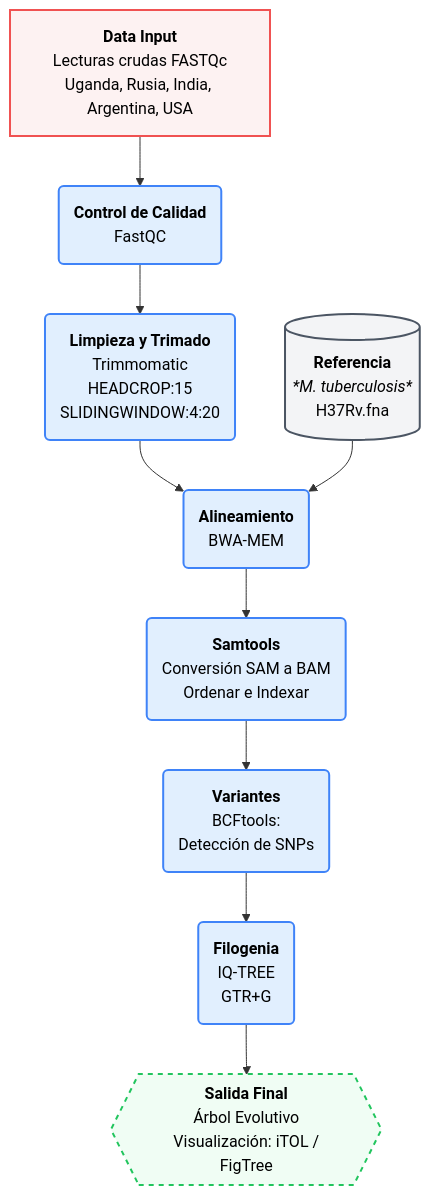
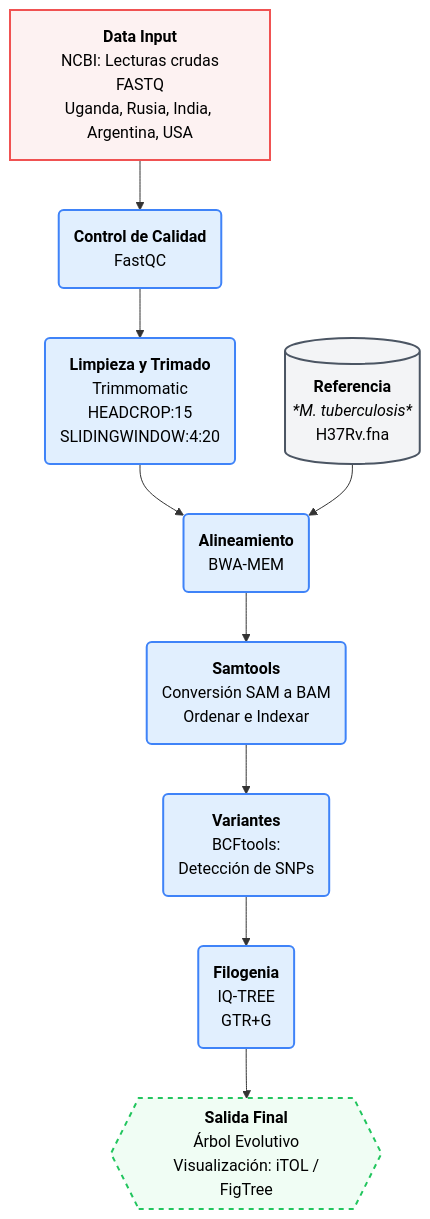
The diagram in README.md (lauraperezm2912/MBM_G2), drawn with Mermaid before and after one commit.

````diff
--- a/README.md
+++ b/README.md
@@ -33,38 +33,38 @@
 ```mermaid
 graph TB
     %% Definición de Estilos (Tus colores originales)
     classDef input fill:#fdf2f2,stroke:#f05252,stroke-width:2px,color:#000;
     classDef process fill:#e1effe,stroke:#3f83f8,stroke-width:2px,color:#000;
     classDef reference fill:#f3f4f6,stroke:#4b5563,stroke-width:2px,color:#000;
     classDef output fill:#f0fdf4,stroke:#22c55e,stroke-width:2px,color:#000,stroke-dasharray: 5 5;
 
     %% Nivel 1: Entrada
-    Raw[<b>Data Input</b><br/>Lecturas crudas FASTQc<br/>Uganda, Rusia, India, Argentina, USA]:::input
+    Raw[<b>Data Input</b><br/> NCBI: Lecturas crudas FASTQ<br/>Uganda, Rusia, India, Argentina, USA]:::input
 
     %% Nivel 2: Calidad
     FQC(<b>Control de Calidad</b><br/>FastQC):::process
     Trim(<b>Limpieza y Trimado</b><br/>Trimmomatic<br/>HEADCROP:15<br/>SLIDINGWINDOW:4:20):::process
 
     %% Nivel 3: Alineamiento
     Ref[(<b>Referencia</b><br/><i>*M. tuberculosis*</i><br/>H37Rv.fna)]:::reference
     Map(<b>Alineamiento</b><br/>BWA-MEM):::process
 
     %% Nivel 4: Post-procesamiento
     SAM(<b>Samtools</b><br/> Conversión SAM a BAM<br/>Ordenar e Indexar):::process
     VCF(<b>Variantes</b><br/>BCFtools:<br/>Detección de SNPs):::process
 
     %% Nivel 5: Resultado
     Phylo(<b>Filogenia</b><br/>IQ-TREE<br/>GTR+G):::process
     Tree{{<b>Salida Final</b><br/>Árbol Evolutivo<br/> Visualización: iTOL / FigTree}}:::output
 
     %% Flujo Vertical
     Raw --> FQC
     FQC --> Trim
     Trim --> Map
     Ref --> Map
     Map --> SAM
     SAM --> VCF
     VCF --> Phylo
     Phylo --> Tree
    
 ```
````
